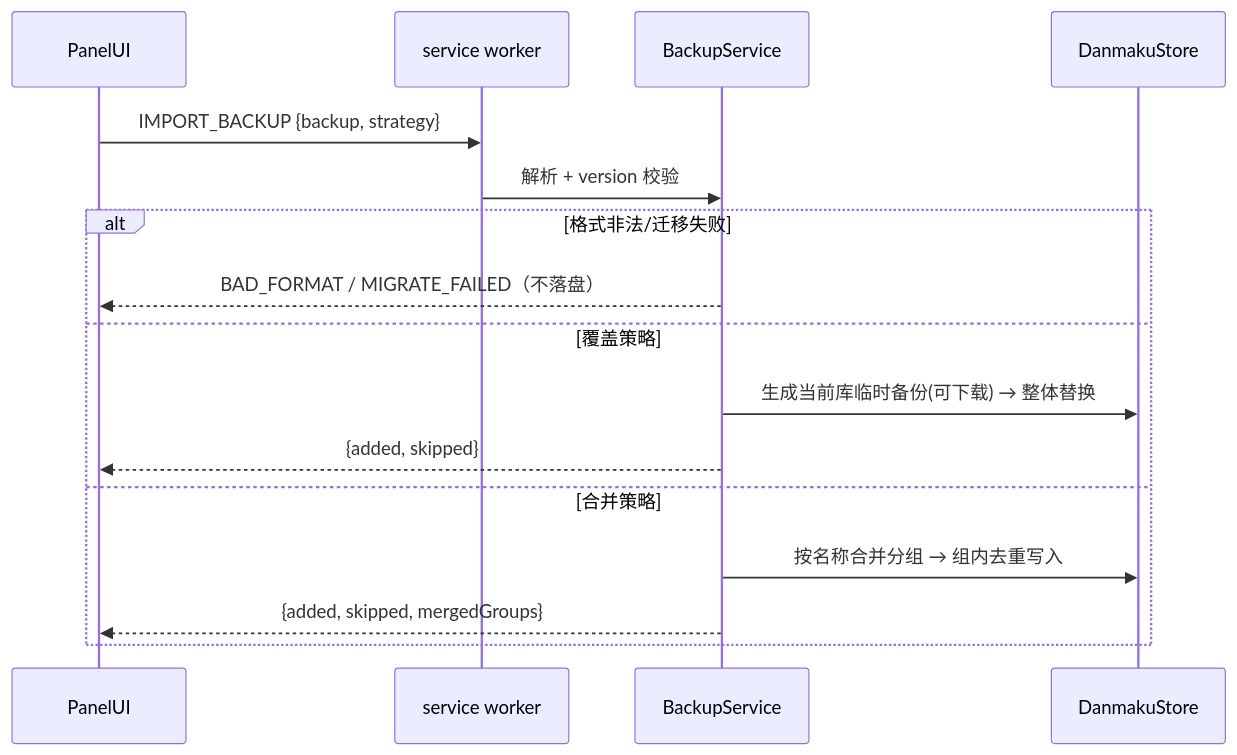
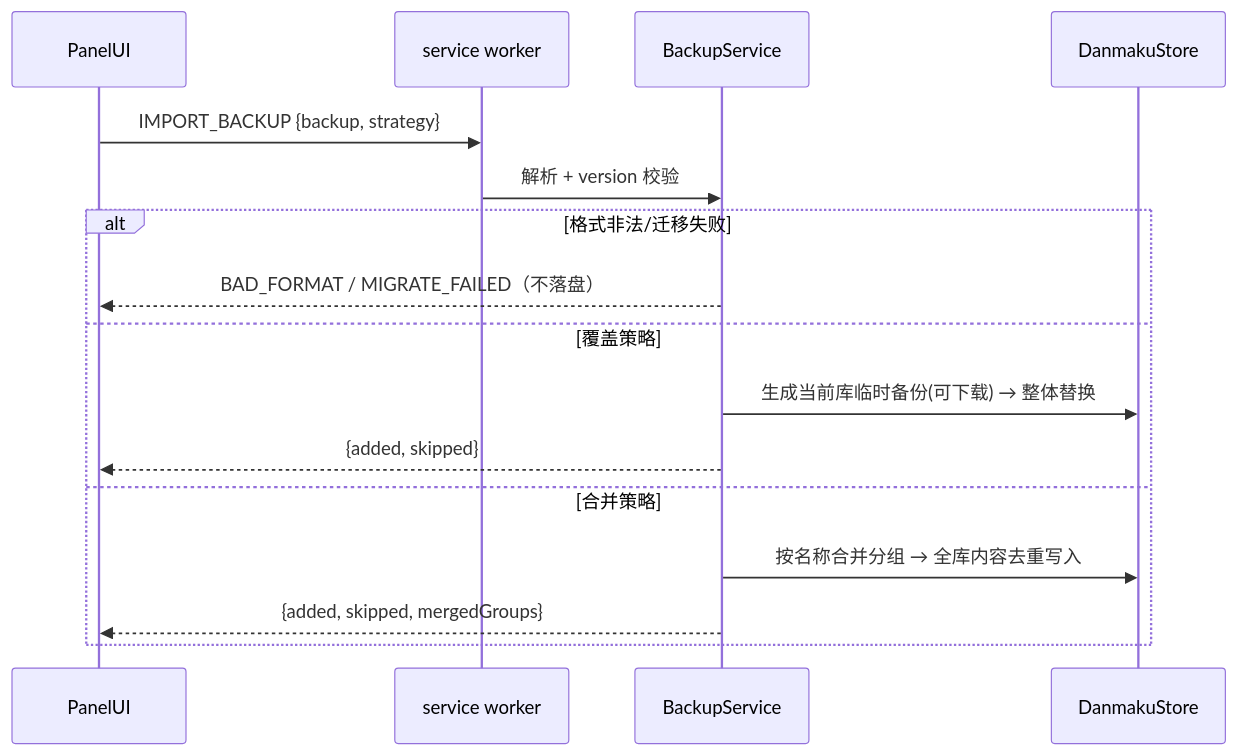
The fifth of 5 diagrams in docs/product/technical-design.md (forzenfox/danmaku-box), drawn with Mermaid before and after one commit. The commit also changed other lines of this file and 16 other files, not shown here.

````diff
--- a/docs/product/technical-design.md
+++ b/docs/product/technical-design.md
@@ -533,19 +537,19 @@
 ```mermaid
 sequenceDiagram
     participant P as PanelUI
     participant BG as service worker
     participant M8 as BackupService
     participant M2 as DanmakuStore
 
     P->>BG: IMPORT_BACKUP {backup, strategy}
     BG->>M8: 解析 + version 校验
     alt 格式非法/迁移失败
         M8-->>P: BAD_FORMAT / MIGRATE_FAILED（不落盘）
     else 覆盖策略
         M8->>M2: 生成当前库临时备份(可下载) → 整体替换
         M8-->>P: {added, skipped}
     else 合并策略
-        M8->>M2: 按名称合并分组 → 组内去重写入
+        M8->>M2: 按名称合并分组 → 全库内容去重写入
         M8-->>P: {added, skipped, mergedGroups}
     end
 ```
````
